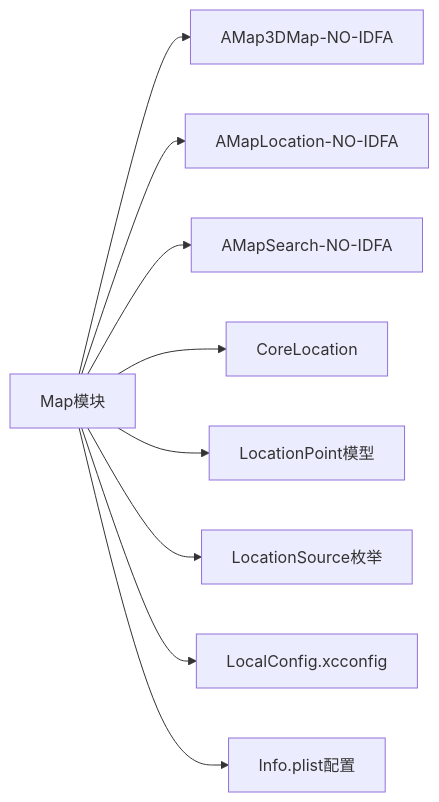
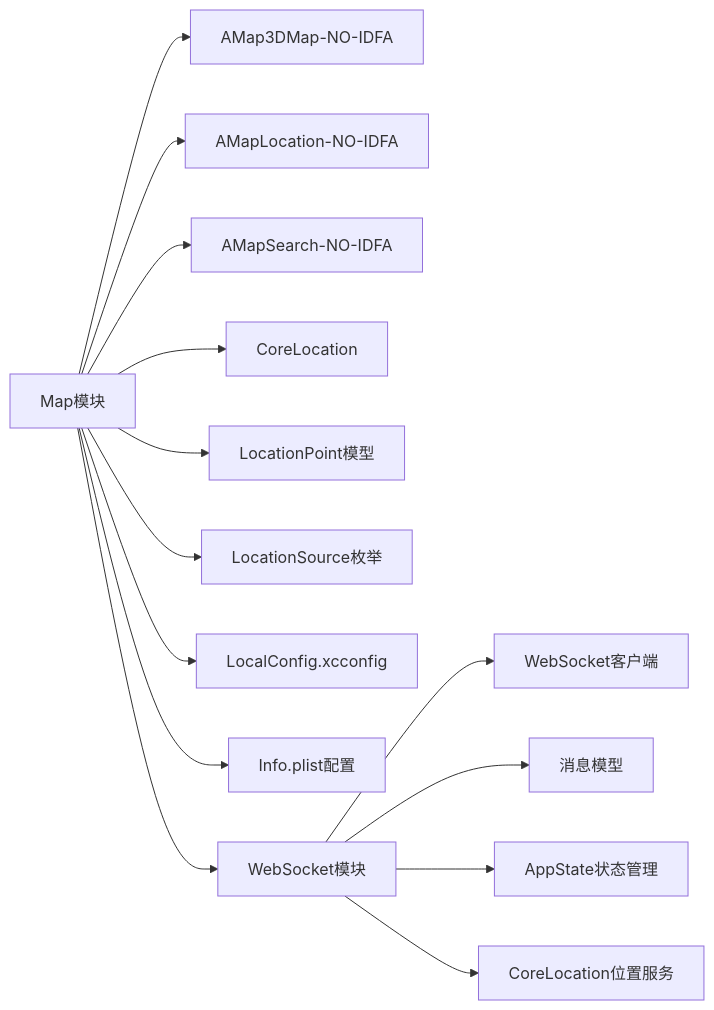
The seventh of 7 diagrams in .qoder/repowiki/zh/content/核心功能模块/地图与定位服务/地图与定位服务.md (Jayden23018/blind-run-ios), drawn with Mermaid before and after one commit. The commit also changed other lines of this file and 23 other files, not shown here.

Commit message:
Implement MVP booking and volunteer flow updates

````diff
--- a/.qoder/repowiki/zh/content/核心功能模块/地图与定位服务/地图与定位服务.md
+++ b/.qoder/repowiki/zh/content/核心功能模块/地图与定位服务/地图与定位服务.md
@@ -369,11 +475,16 @@
 ```mermaid
 graph LR
 Map["Map模块"] --> AMap3D["AMap3DMap-NO-IDFA"]
 Map --> AMapLoc["AMapLocation-NO-IDFA"]
 Map --> AMapSearch["AMapSearch-NO-IDFA"]
 Map --> CL["CoreLocation"]
 Map --> DTO["LocationPoint模型"]
 Map --> LS["LocationSource枚举"]
 Map --> XCConfig["LocalConfig.xcconfig"]
 Map --> InfoPlist["Info.plist配置"]
+WS["WebSocket模块"] --> WSClient["WebSocket客户端"]
+WS --> WSModels["消息模型"]
+WS --> AppState["AppState状态管理"]
+WS --> CLWS["CoreLocation位置服务"]
+Map --> WS
 ```
````
